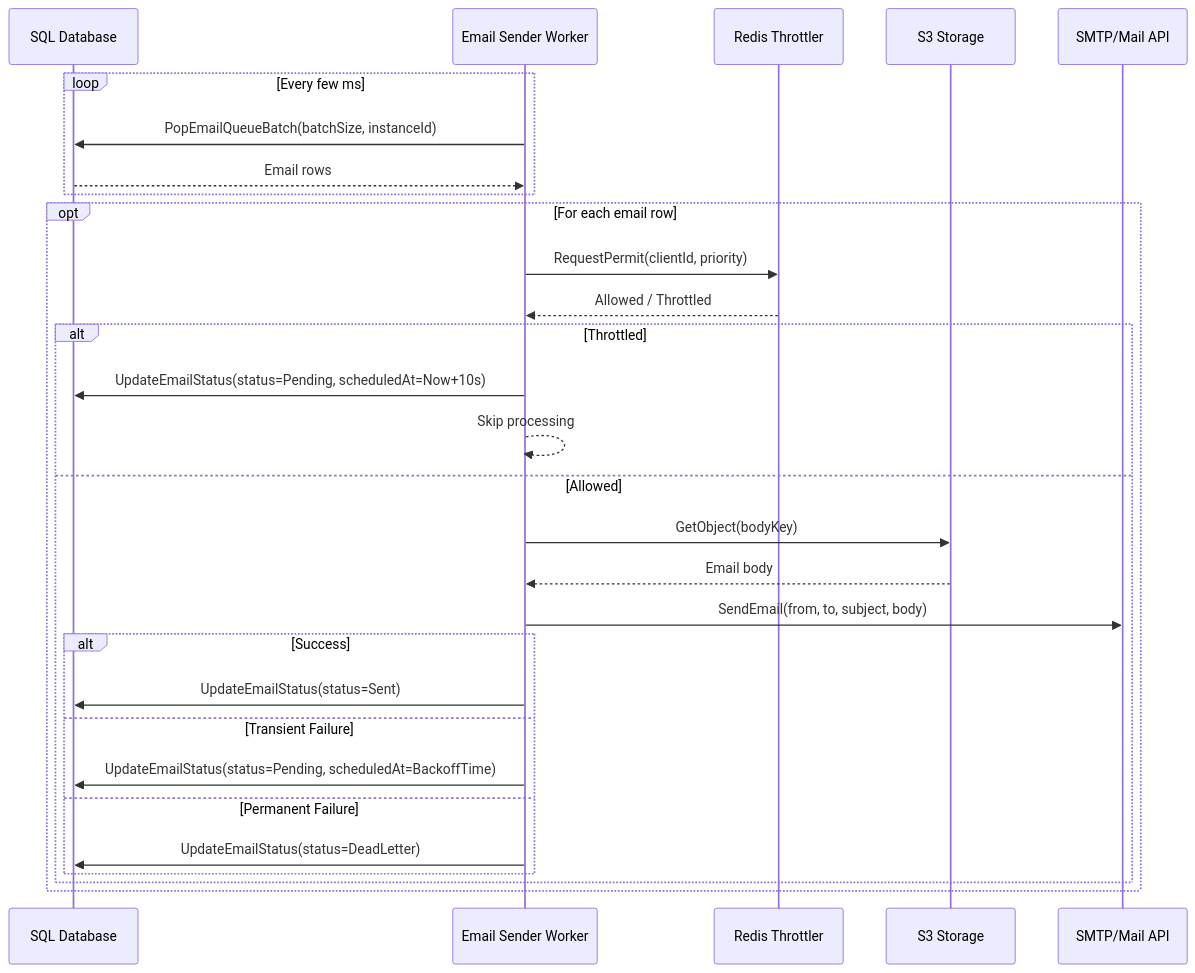
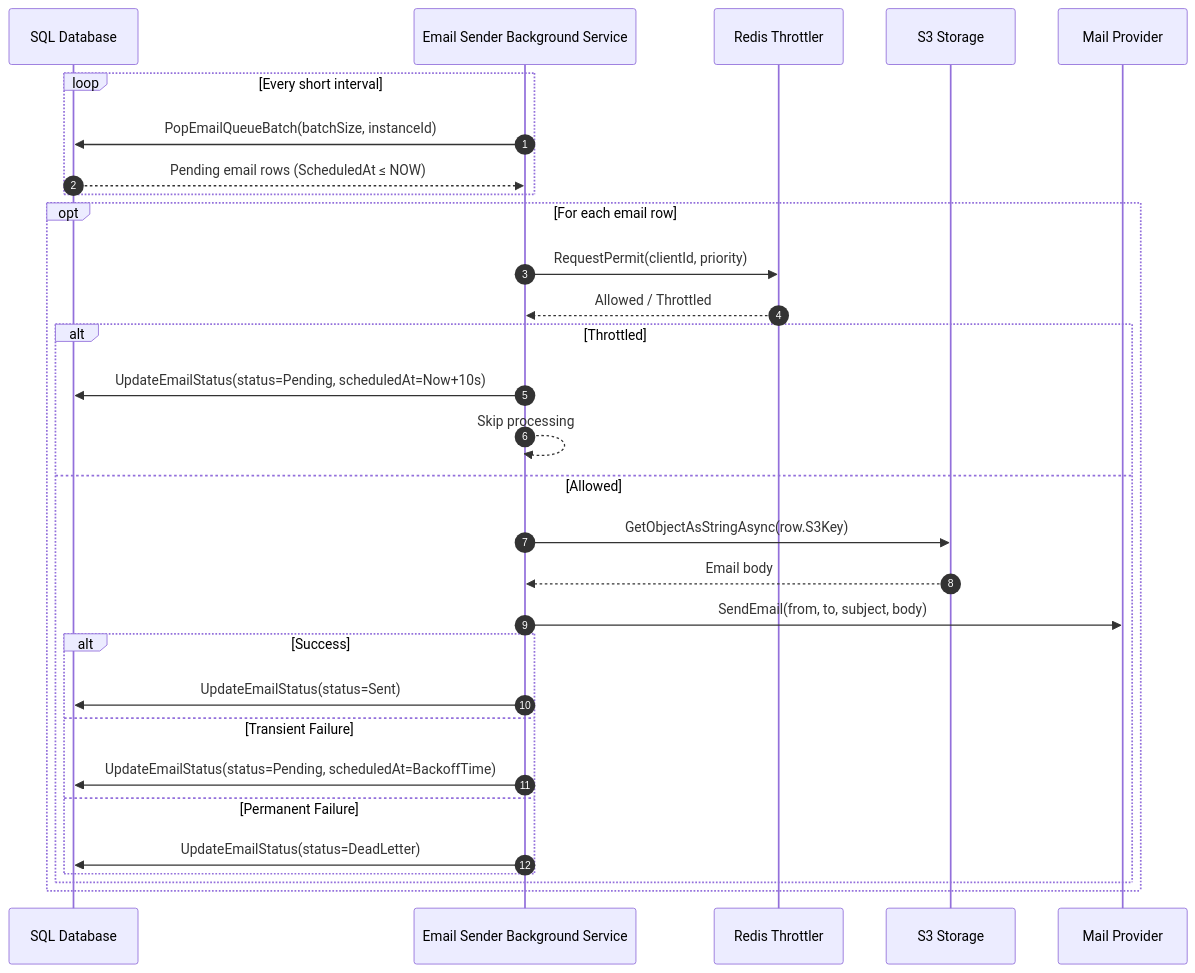
The third of 5 diagrams in architecture.md (ashishm-medallia/email-queue), drawn with Mermaid before and after one commit. The commit also changed other lines of this file, not shown here.

````diff
--- a/architecture.md
+++ b/architecture.md
@@ -26,35 +86,36 @@
 ```mermaid
 sequenceDiagram
+    autonumber
     participant DB as SQL Database
-    participant EmailSender as Email Sender Worker
+    participant EmailSender as Email Sender Background Service
     participant Redis as Redis Throttler
     participant S3 as S3 Storage
-    participant Mail as SMTP/Mail API
+    participant Mail as Mail Provider
 
-    loop Every few ms
+    loop Every short interval
         EmailSender->>DB: PopEmailQueueBatch(batchSize, instanceId)
-        DB-->>EmailSender: Email rows
+        DB-->>EmailSender: Pending email rows (ScheduledAt ≤ NOW)
     end
 
     opt For each email row
         EmailSender->>Redis: RequestPermit(clientId, priority)
         Redis-->>EmailSender: Allowed / Throttled
 
         alt Throttled
             EmailSender->>DB: UpdateEmailStatus(status=Pending, scheduledAt=Now+10s)
             EmailSender-->>EmailSender: Skip processing
         else Allowed
-            EmailSender->>S3: GetObject(bodyKey)
+            EmailSender->>S3: GetObjectAsStringAsync(row.S3Key)
             S3-->>EmailSender: Email body
 
             EmailSender->>Mail: SendEmail(from, to, subject, body)
             alt Success
                 EmailSender->>DB: UpdateEmailStatus(status=Sent)
             else Transient Failure
                 EmailSender->>DB: UpdateEmailStatus(status=Pending, scheduledAt=BackoffTime)
             else Permanent Failure
                 EmailSender->>DB: UpdateEmailStatus(status=DeadLetter)
             end
         end
     end
 ```
````
